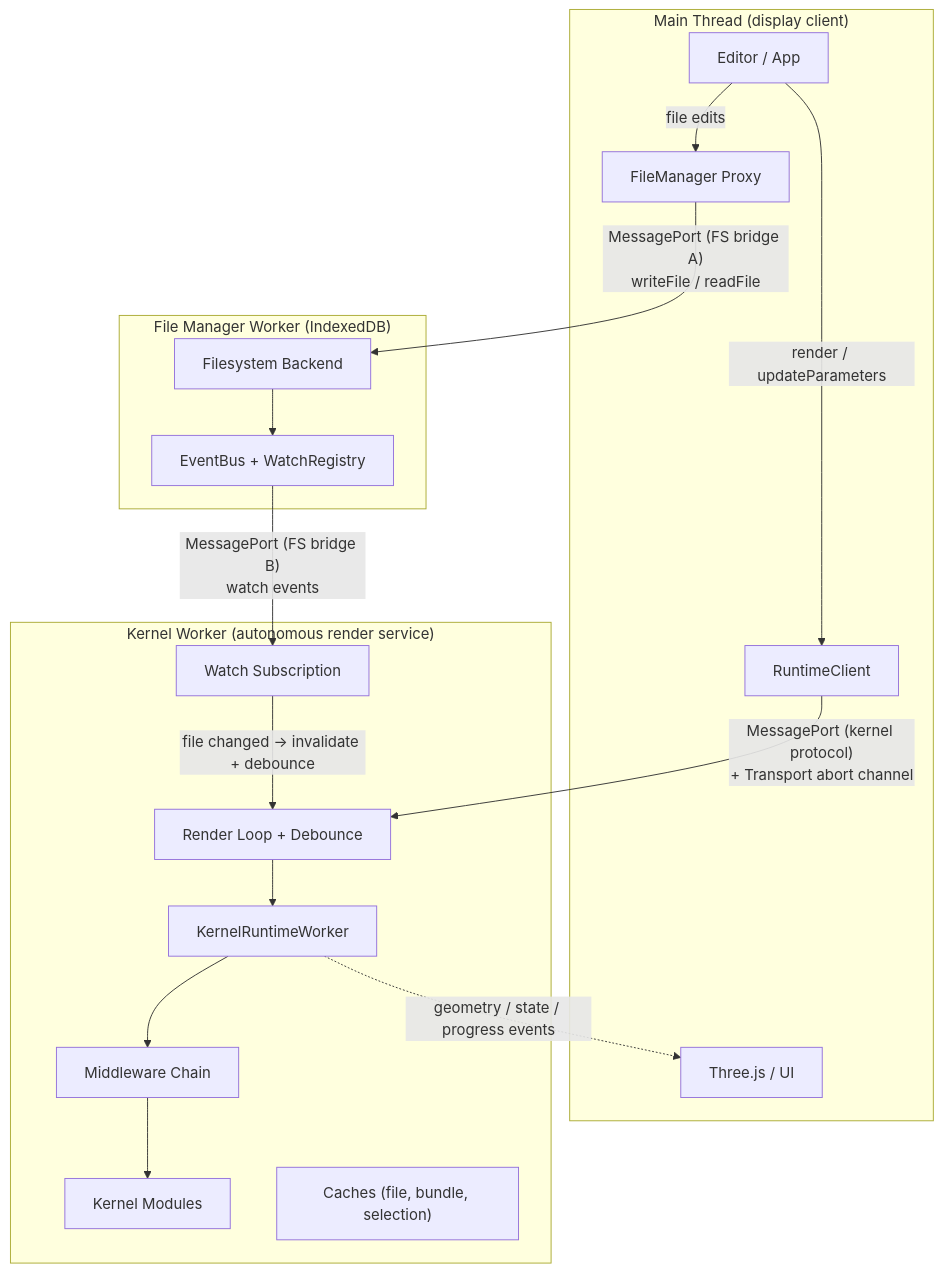
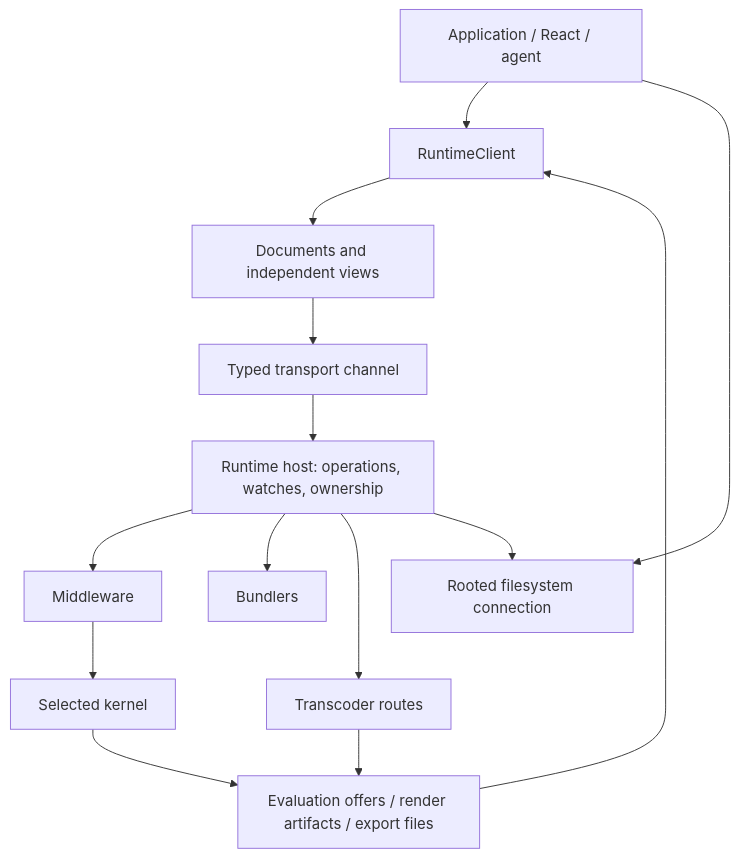
Before and after one commit to taucad/tau: the first of 2 diagrams in apps/docs/content/docs/runtime/concepts/architecture.mdx, drawn with Mermaid. The commit also changed other lines of this file and 29 other files, not shown here.

Commit message:
docs(docs): Document the typed document and view API

````diff
--- a/apps/docs/content/docs/runtime/concepts/architecture.mdx
+++ b/apps/docs/content/docs/runtime/concepts/architecture.mdx
@@ -18,37 +14,16 @@
 ```mermaid
 flowchart TB
-    subgraph Main["Main Thread (display client)"]
-        Editor["Editor / App"]
-        Client["RuntimeClient"]
-        Scene["Three.js / UI"]
-        FMProxy["FileManager Proxy"]
-    end
-
-    subgraph KWorker["Kernel Worker (autonomous render service)"]
-        RenderLoop["Render Loop + Debounce"]
-        KRW["KernelRuntimeWorker"]
-        MW["Middleware Chain"]
-        Kernels["Kernel Modules"]
-        WatchSub["Watch Subscription"]
-        Caches["Caches (file, bundle, selection)"]
-    end
-
-    subgraph FSWorker["File Manager Worker (IndexedDB)"]
-        FS["Filesystem Backend"]
-        EventBus["EventBus + WatchRegistry"]
-    end
-
-    Editor -->|"render / updateParameters"| Client
-    Client -->|"MessagePort (kernel protocol)\n+ Transport abort channel"| RenderLoop
-    RenderLoop --> KRW
-    KRW --> MW
-    MW --> Kernels
-    KRW -.->|"geometry / state / progress events"| Scene
-
-    Editor -->|"file edits"| FMProxy
-    FMProxy -->|"MessagePort (FS bridge A)\nwriteFile / readFile"| FS
-
-    FS --> EventBus
-    EventBus -->|"MessagePort (FS bridge B)\nwatch events"| WatchSub
-    WatchSub -->|"file changed → invalidate + debounce"| RenderLoop
+    App["Application / React / agent"] --> Client["RuntimeClient"]
+    Client --> Document["Documents and independent views"]
+    Document --> Transport["Typed transport channel"]
+    Transport --> Host["Runtime host: operations, watches, ownership"]
+    Host --> Middleware["Middleware"]
+    Middleware --> Kernel["Selected kernel"]
+    Host --> Bundler["Bundlers"]
+    Host --> Transcoder["Transcoder routes"]
+    Host --> FS["Rooted filesystem connection"]
+    App --> FS
+    Kernel --> Artifact["Evaluation offers / render artifacts / export files"]
+    Transcoder --> Artifact
+    Artifact --> Client
 ```
````
